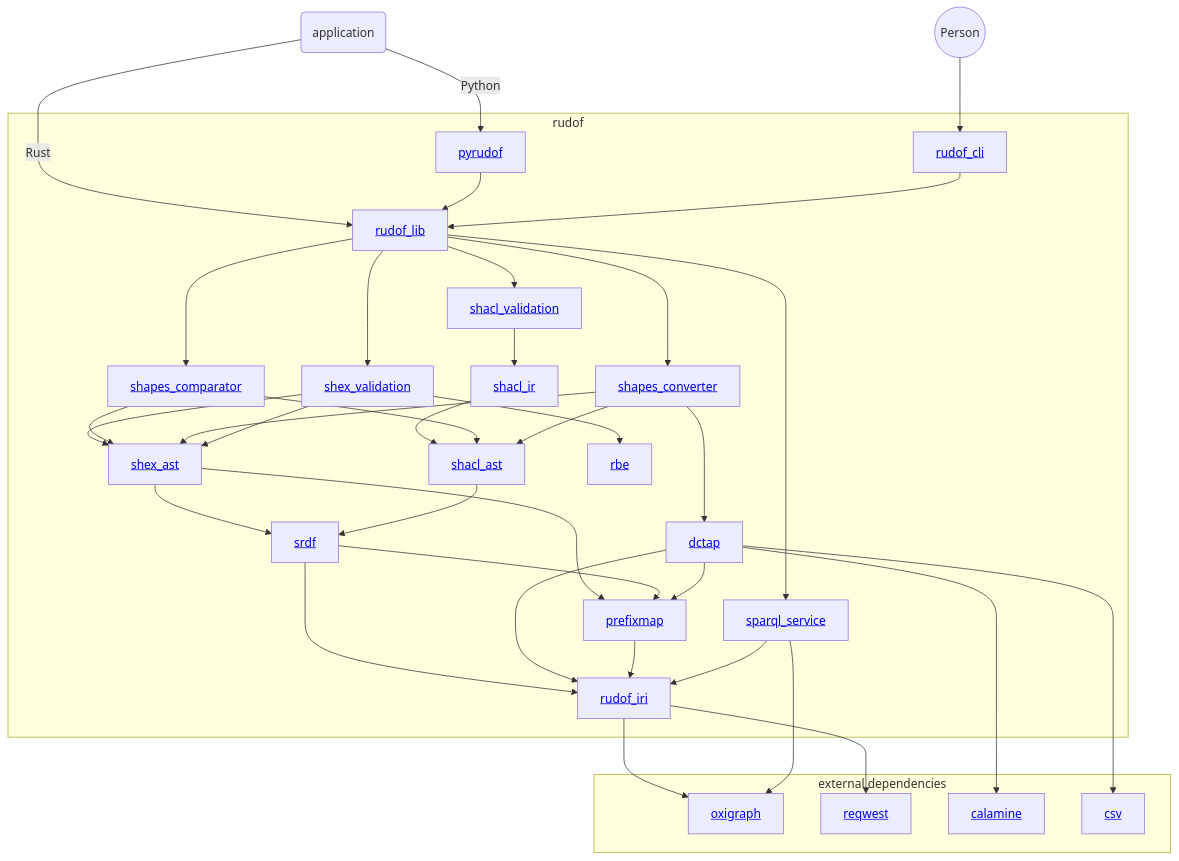
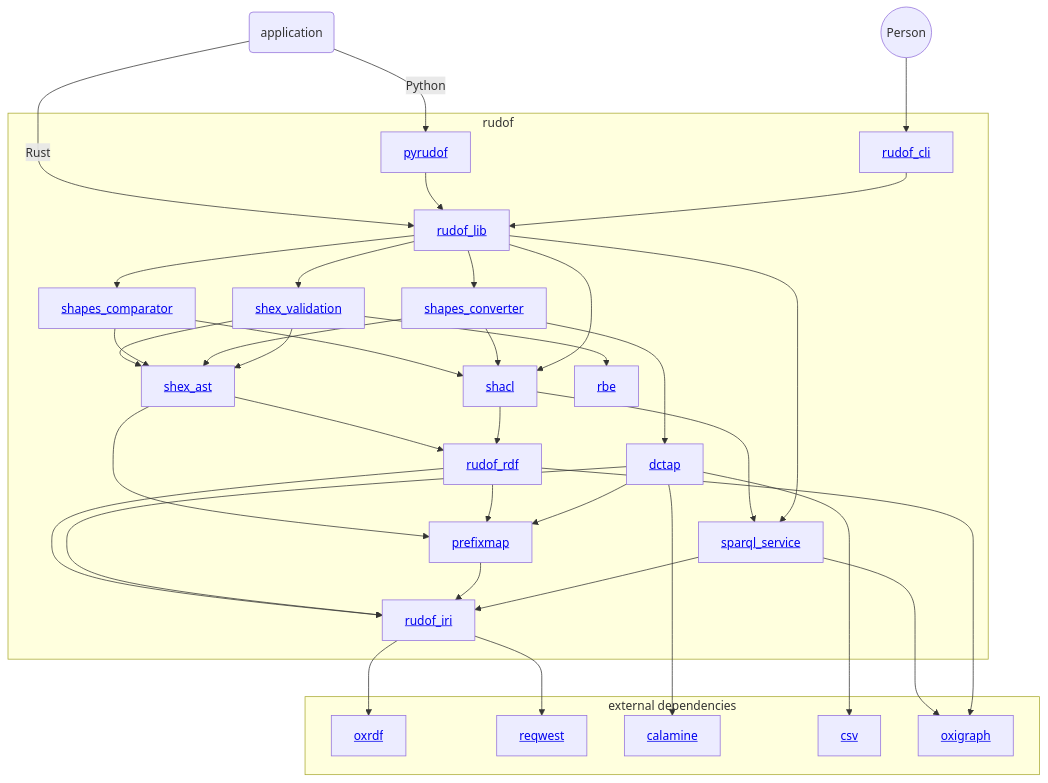
Before and after one commit to rudof-project/rudof: the diagram in docs/src/overview.md, drawn with Mermaid. The commit also changed other lines of this file and 62 other files, not shown here.

````diff
--- a/docs/src/overview.md
+++ b/docs/src/overview.md
@@ -40,64 +40,63 @@
 ```mermaid
 graph TD;
  user((Person)) --> rudof_cli;
  application(application);
  application -->|Rust| rudof_lib ;
  application --> |Python| pyrudof ;
- rudof_iri --> oxigraph;
+ rudof_iri --> oxrdf;
  rudof_iri --> reqwest ;
  dctap --> calamine ;
  dctap --> csv ;
  sparql_service --> oxigraph ;
+ rudof_rdf --> oxigraph ;
 subgraph rudof
     rudof_lib[<a href='https://crates.io/crates/rudof_lib'>rudof_lib</a>];
     rudof_cli[<a href='https://crates.io/crates/rudof_cli'>rudof_cli</a>];
     pyrudof[<a href='https://pypi.org/project/pyrudof/'>pyrudof</a>];
     shex_ast[<a href='https://crates.io/crates/shex_ast'>shex_ast</a>];
-    srdf[<a href='https://crates.io/crates/srdf'>srdf</a>];
+    rudof_rdf[<a href='https://crates.io/crates/rudof_rdf'>rudof_rdf</a>];
     shex_validation[<a href='https://crates.io/crates/shex_validation'>shex_validation</a>];
-    shacl_validation[<a href='https://crates.io/crates/shacl_validation'>shacl_validation</a>];
-    shacl_ir[<a href='https://crates.io/crates/shacl_ir'>shacl_ir</a>];
-    shacl_ast[<a href='https://crates.io/crates/shacl_ast'>shacl_ast</a>];
+    shacl[<a href='https://crates.io/crates/shacl'>shacl</a>];
     rudof_iri[<a href='https://crates.io/crates/rudof_iri'>rudof_iri</a>];
     prefixmap[<a href='https://crates.io/crates/prefixmap'>prefixmap</a>];
     rbe[<a href='https://crates.io/crates/rbe'>rbe</a>];
     shapes_converter[<a href='https://crates.io/crates/shapes_converter'>shapes_converter</a>];
     shapes_comparator[<a href='https://crates.io/crates/shapes_comparator'>shapes_comparator</a>];
  dctap[<a href='https://crates.io/crates/dctap'>dctap</a>];
  sparql_service[<a href='https://crates.io/crates/sparql_service'>sparql_service</a>];
 
  pyrudof --> rudof_lib ;
  rudof_cli --> rudof_lib ;
- shex_ast --> srdf ;
+ shex_ast --> rudof_rdf ;
  shex_validation-->shex_ast;
- srdf-->rudof_iri;
- shacl_ir --> shacl_ast;
- shacl_ast-->srdf;
- shacl_validation-->shacl_ir;
+ rudof_rdf-->rudof_iri;
+ shacl-->rudof_rdf;
+ shacl-->sparql_service;
  shex_ast-->prefixmap;
- srdf-->prefixmap;
+ rudof_rdf-->prefixmap;
  shex_validation-->rbe;
  dctap-->prefixmap;
  dctap --> rudof_iri;
 
  shapes_comparator-->shex_ast;
- shapes_comparator-->shacl_ast;
- shapes_converter-->shacl_ast;
+ shapes_comparator-->shacl;
+ shapes_converter-->shacl;
  shapes_converter-->shex_ast;
  shapes_converter-->dctap;
  prefixmap --> rudof_iri ;
  shex_validation --> shex_ast
  sparql_service --> rudof_iri ;
  rudof_lib --> shex_validation ;
- rudof_lib --> shacl_validation ;
+ rudof_lib --> shacl ;
  rudof_lib --> shapes_converter ;
  rudof_lib --> sparql_service ;
  rudof_lib --> shapes_comparator ;
 end
 subgraph external dependencies
  oxigraph[<a href='https://crates.io/crates/oxigraph'>oxigraph</a>] ;
+ oxrdf[<a href='https://crates.io/crates/oxrdf'>oxrdf</a>] ;
  calamine[<a href='https://docs.rs/calamine/latest/calamine/'>calamine</a>] ;
  reqwest[<a href='https://docs.rs/reqwest/latest/reqwest/'>reqwest</a>] ;
  csv[<a href='https://docs.rs/csv/latest/csv/'>csv</a>]
 end
 ```
````
